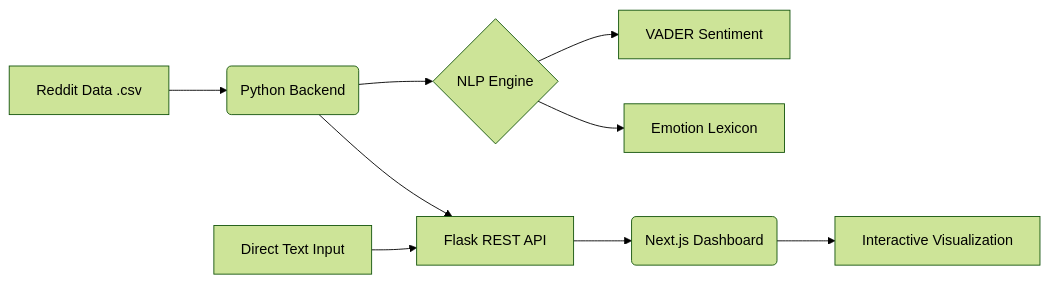
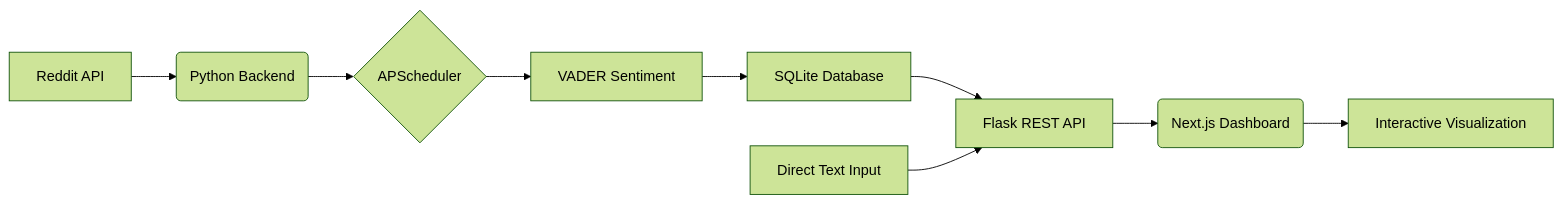
Before and after one commit to raghu203/redddit-posts-sentiments: the diagram in README.md, drawn with Mermaid (forest theme). The commit also changed other lines of this file and 35 other files, not shown here.

Commit message:
Add real-time backend with SQLite & scheduler

````diff
--- a/README.md
+++ b/README.md
@@ -9,11 +9,11 @@
 ```mermaid
 graph LR
-    A[Reddit Data .csv] --> B(Python Backend)
-    B --> C{NLP Engine}
+    A[Reddit API] --> B(Python Backend)
+    B --> C{APScheduler}
     C --> D[VADER Sentiment]
-    C --> E[Emotion Lexicon]
-    B --> F[Flask REST API]
+    D --> E[SQLite Database]
+    E --> F[Flask REST API]
     F --> G(Next.js Dashboard)
     G --> H[Interactive Visualization]
     I[Direct Text Input] --> F
 ```
````
